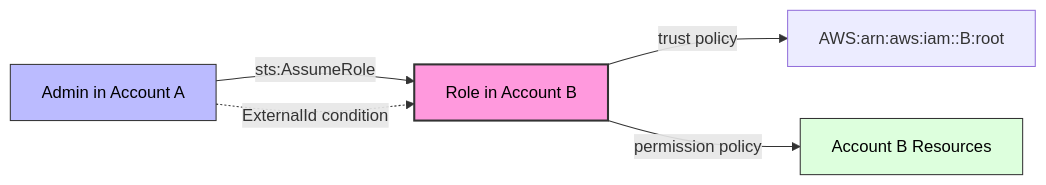
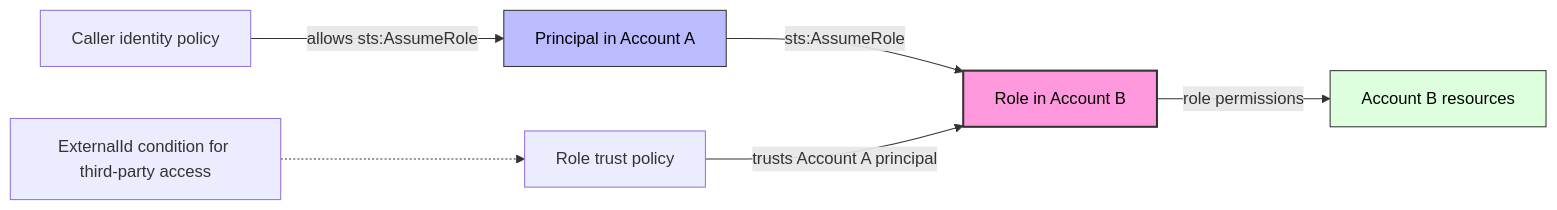
The second of 2 diagrams in Core-Services/IAM-Best-Practices.md (AlexanderBesss/AWS_best_praactices), drawn with Mermaid before and after one commit. The commit also changed other lines of this file and 31 other files, not shown here.

````diff
--- a/Core-Services/IAM-Best-Practices.md
+++ b/Core-Services/IAM-Best-Practices.md
@@ -166,10 +169,11 @@
 ```mermaid
 graph LR
-    A1[Admin in Account A] -->|sts:AssumeRole| R2[Role in Account B]
-    R2 -->|trust policy| B1[AWS:arn:aws:iam::B:root]
-    R2 -->|permission policy| R2R[Account B Resources]
-    A1 -.->|ExternalId condition| R2
+    A1[Principal in Account A] -->|sts:AssumeRole| R2[Role in Account B]
+    TP[Role trust policy] -->|trusts Account A principal| R2
+    IP[Caller identity policy] -->|allows sts:AssumeRole| A1
+    R2 -->|role permissions| R2R[Account B resources]
+    EXT[ExternalId condition for third-party access] -.-> TP
     style A1 fill:#bbf,stroke:#333,color:#000
     style R2 fill:#f9d,stroke:#333,stroke-width:2px,color:#000
     style R2R fill:#dfd,stroke:#333,color:#000
 ```
````
